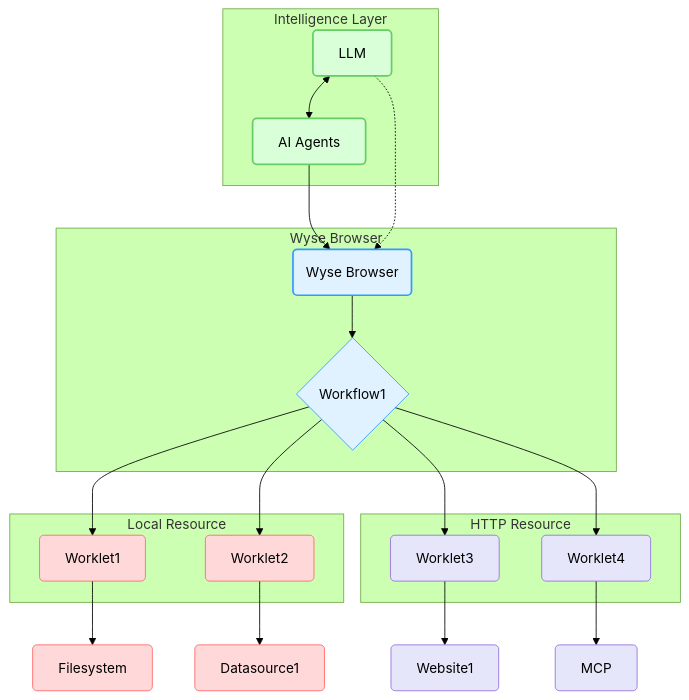
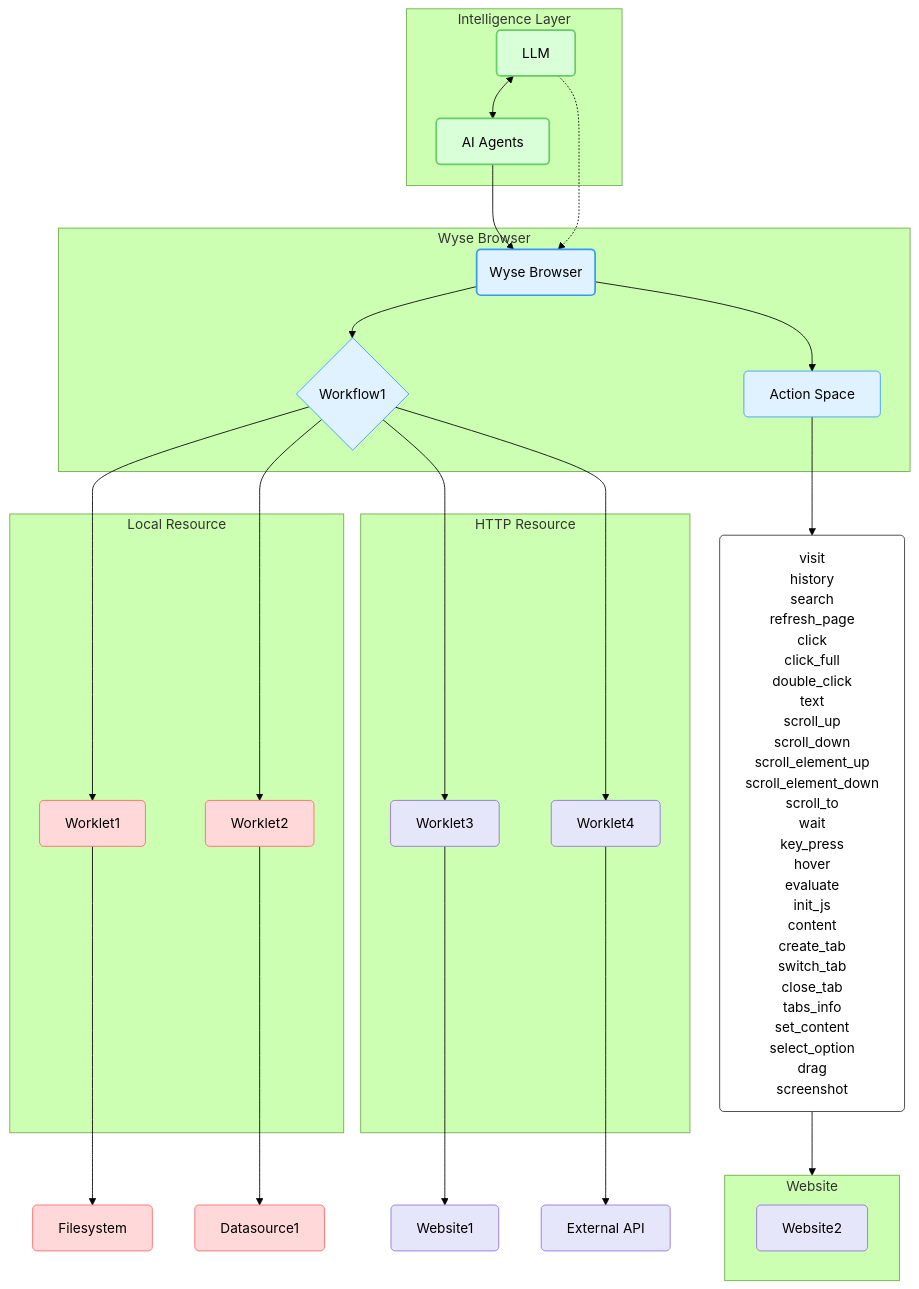
Before and after one commit to WyseOS/wyse-browser: the diagram in README.md, drawn with Mermaid (forest theme). The commit also changed other lines of this file and 1 other file, not shown here.

Commit message:
add action spaces to Readme

````diff
--- a/README.md
+++ b/README.md
@@ -11,49 +11,63 @@
 ```mermaid
 graph TD
     subgraph Intelligence Layer
         M[LLM]
         A[AI Agents]
     end
     M <--> A
     A --> B(Wyse Browser)
     M -.-> B
     B --> C{Workflow1}
     
     subgraph Wyse Browser
         B
         C
+        AS[Action Space]
     end
+    B --> AS
+
+    AL[visit<br/>history<br/>search<br/>refresh_page<br/>click<br/>click_full<br/>double_click<br/>text<br/>scroll_up<br/>scroll_down<br/>scroll_element_up<br/>scroll_element_down<br/>scroll_to<br/>wait<br/>key_press<br/>hover<br/>evaluate<br/>init_js<br/>content<br/>create_tab<br/>switch_tab<br/>close_tab<br/>tabs_info<br/>set_content<br/>select_option<br/>drag<br/>screenshot]
+    AS --> AL
+
+    subgraph Website
+        direction RL
+        W2[Website2]
+    end
+    AL --> W2
 
     C --> D[Worklet1]
     C --> E[Worklet2]
     C --> F[Worklet3]
     C --> G[Worklet4]
     
     subgraph Local Resource
         D
         E
     end
 
     subgraph HTTP Resource
         F
         G
     end
 
     D --> I[Filesystem]
     E --> J[Datasource1]
     F --> K[Website1]
-    G --> L[MCP]
+    G --> L[External API]
 
     style M fill:#D9FFD9,stroke:#66CC66,stroke-width:2px,rx:5px,ry:5px;
     style A fill:#D9FFD9,stroke:#66CC66,stroke-width:2px,rx:5px,ry:5px;
     style B fill:#E0F2FF,stroke:#3399FF,stroke-width:2px;
     style C fill:#E0F2FF,stroke:#3399FF,stroke-width:1px,rx:5px,ry:5px;
+    style AS fill:#E0F2FF,stroke:#3399FF,stroke-width:1px,rx:5px,ry:5px;
     style D fill:#FFD9D9,stroke:#FF6666,stroke-width:1px,rx:5px,ry:5px;
     style E fill:#FFD9D9,stroke:#FF6666,stroke-width:1px,rx:5px,ry:5px;
     style F fill:#E6E6FA,stroke:#9370DB,stroke-width:1px,rx:5px,ry:5px;
     style G fill:#E6E6FA,stroke:#9370DB,stroke-width:1px,rx:5px,ry:5px;
     style I fill:#FFD9D9,stroke:#FF6666,stroke-width:1px,rx:5px,ry:5px;
     style J fill:#FFD9D9,stroke:#FF6666,stroke-width:1px,rx:5px,ry:5px;
     style K fill:#E6E6FA,stroke:#9370DB,stroke-width:1px,rx:5px,ry:5px;
     style L fill:#E6E6FA,stroke:#9370DB,stroke-width:1px,rx:5px,ry:5px;
+    style W2 fill:#E6E6FA,stroke:#9370DB,stroke-width:1px,rx:5px,ry:5px;
+    style AL fill:#FFF,stroke:#333,stroke-width:1px,rx:5px,ry:5px;
 ```
````
